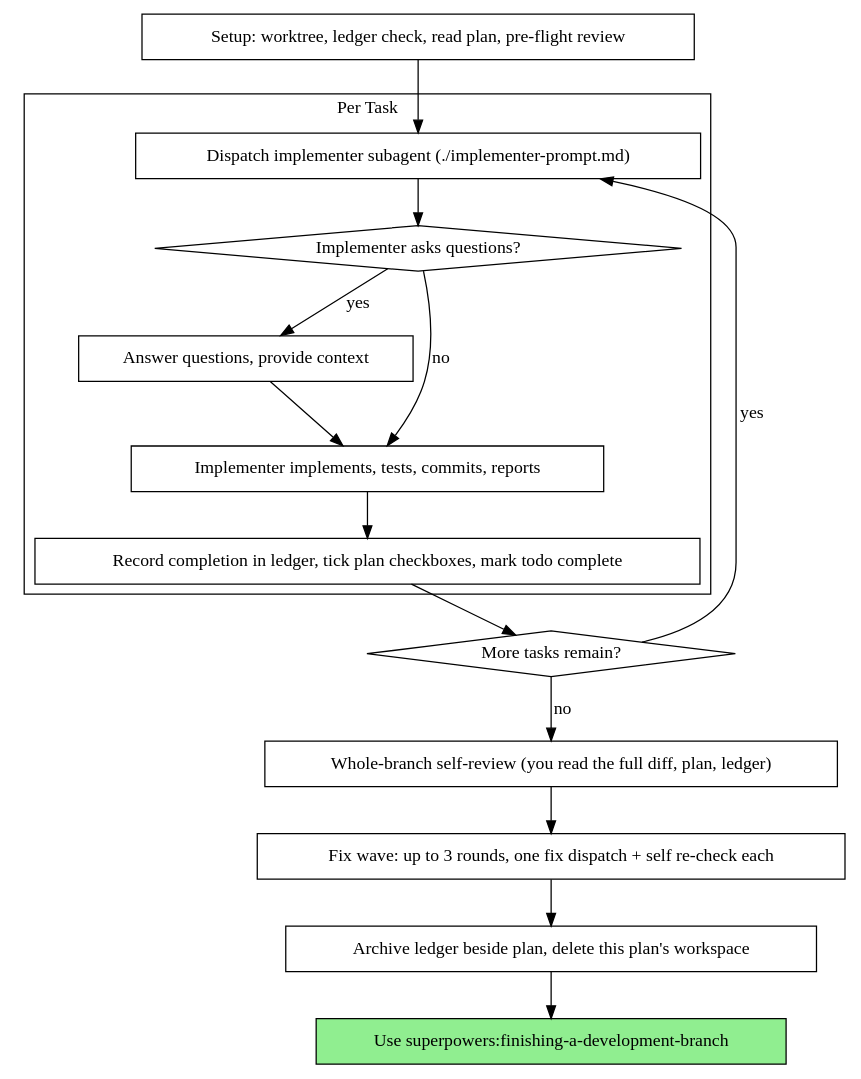
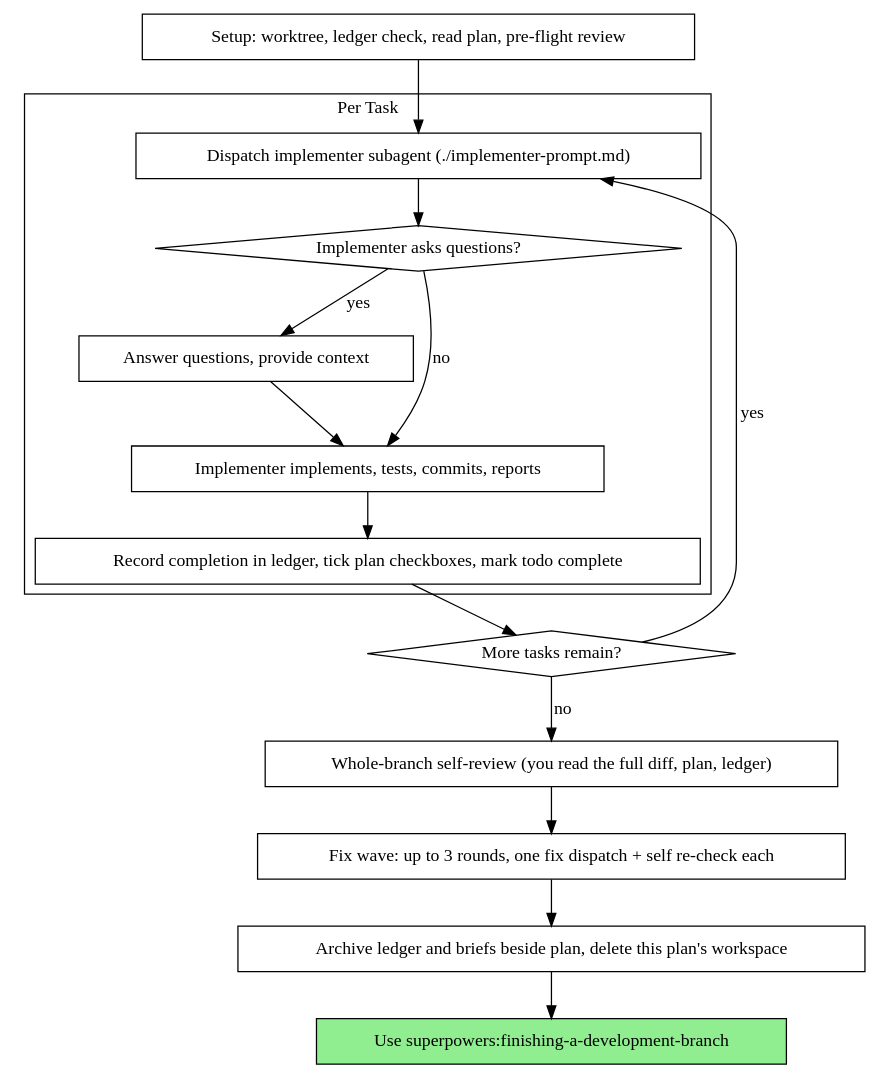
The second of 2 diagrams in skills/subagent-driven-development/SKILL.md (flyer21/superpowers), drawn with Graphviz before and after one commit. The commit also changed other lines of this file, not shown here.

First line of the commit message:
feat(skills): archive task briefs alongside the SDD ledger

````diff
--- a/skills/subagent-driven-development/SKILL.md
+++ b/skills/subagent-driven-development/SKILL.md
@@ -50,34 +50,34 @@
 ```dot
 digraph process {
     rankdir=TB;
 
     subgraph cluster_per_task {
         label="Per Task";
         "Dispatch implementer subagent (./implementer-prompt.md)" [shape=box];
         "Implementer asks questions?" [shape=diamond];
         "Answer questions, provide context" [shape=box];
         "Implementer implements, tests, commits, reports" [shape=box];
         "Record completion in ledger, tick plan checkboxes, mark todo complete" [shape=box];
     }
 
     "Setup: worktree, ledger check, read plan, pre-flight review" [shape=box];
     "More tasks remain?" [shape=diamond];
     "Whole-branch self-review (you read the full diff, plan, ledger)" [shape=box];
     "Fix wave: up to 3 rounds, one fix dispatch + self re-check each" [shape=box];
-    "Archive ledger beside plan, delete this plan's workspace" [shape=box];
+    "Archive ledger and briefs beside plan, delete this plan's workspace" [shape=box];
     "Use superpowers:finishing-a-development-branch" [shape=box style=filled fillcolor=lightgreen];
 
     "Setup: worktree, ledger check, read plan, pre-flight review" -> "Dispatch implementer subagent (./implementer-prompt.md)";
     "Dispatch implementer subagent (./implementer-prompt.md)" -> "Implementer asks questions?";
     "Implementer asks questions?" -> "Answer questions, provide context" [label="yes"];
     "Answer questions, provide context" -> "Implementer implements, tests, commits, reports";
     "Implementer asks questions?" -> "Implementer implements, tests, commits, reports" [label="no"];
     "Implementer implements, tests, commits, reports" -> "Record completion in ledger, tick plan checkboxes, mark todo complete";
     "Record completion in ledger, tick plan checkboxes, mark todo complete" -> "More tasks remain?";
     "More tasks remain?" -> "Dispatch implementer subagent (./implementer-prompt.md)" [label="yes"];
     "More tasks remain?" -> "Whole-branch self-review (you read the full diff, plan, ledger)" [label="no"];
     "Whole-branch self-review (you read the full diff, plan, ledger)" -> "Fix wave: up to 3 rounds, one fix dispatch + self re-check each";
-    "Fix wave: up to 3 rounds, one fix dispatch + self re-check each" -> "Archive ledger beside plan, delete this plan's workspace";
-    "Archive ledger beside plan, delete this plan's workspace" -> "Use superpowers:finishing-a-development-branch";
+    "Fix wave: up to 3 rounds, one fix dispatch + self re-check each" -> "Archive ledger and briefs beside plan, delete this plan's workspace";
+    "Archive ledger and briefs beside plan, delete this plan's workspace" -> "Use superpowers:finishing-a-development-branch";
 }
 ```
````
